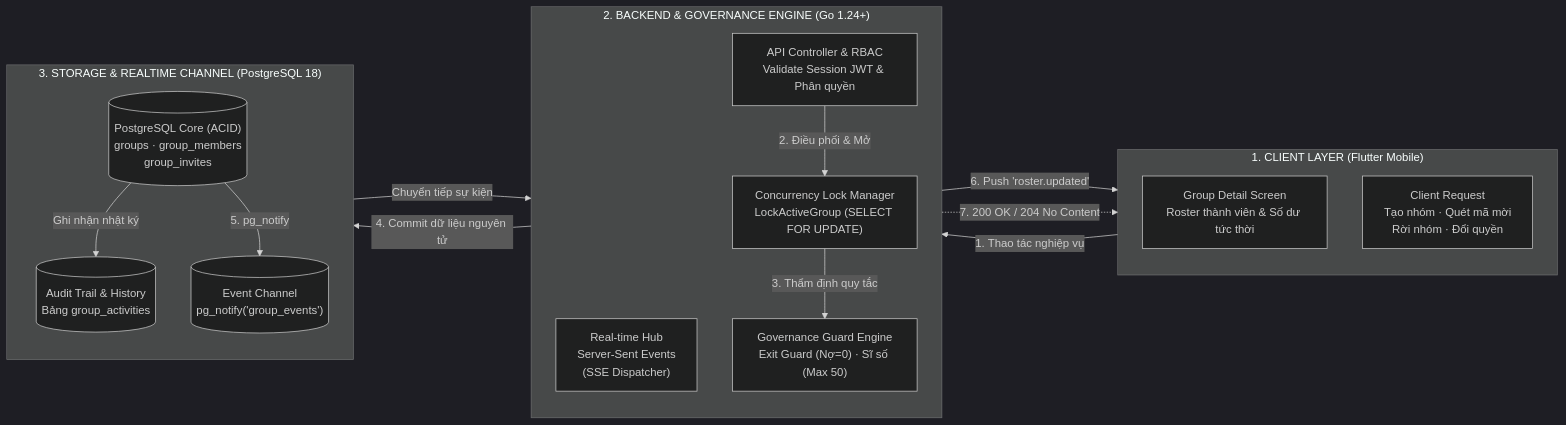
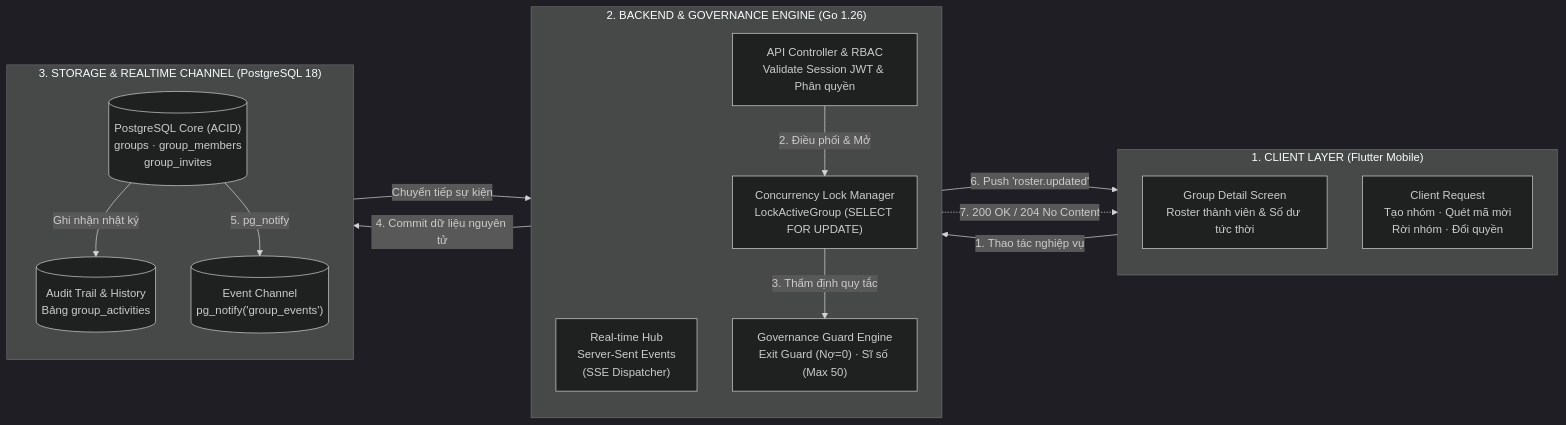
Before and after one commit to FintechVSF-Tranning/PaySplit-RP: the sixth of 6 diagrams in Report/BaoCao_ThuViec_PaySplit.md, drawn with Mermaid (dark theme). The commit also changed other lines of this file and 8 other files, not shown here.

````diff
--- a/Report/BaoCao_ThuViec_PaySplit.md
+++ b/Report/BaoCao_ThuViec_PaySplit.md
@@ -270,33 +271,33 @@
 ```mermaid
 flowchart LR
     subgraph Client ["1. CLIENT LAYER (Flutter Mobile)"]
         direction TB
         GroupScreen["Group Detail Screen<br/>Roster thành viên &amp; Số dư tức thời"]
         ClientReq["Client Request<br/>Tạo nhóm · Quét mã mời<br/>Rời nhóm · Đổi quyền"]
     end
 
-    subgraph BackendGov ["2. BACKEND & GOVERNANCE ENGINE (Go 1.24+)"]
+    subgraph BackendGov ["2. BACKEND & GOVERNANCE ENGINE (Go 1.26)"]
         direction TB
         RealtimeHub["Real-time Hub<br/>Server-Sent Events<br/>(SSE Dispatcher)"]
         APIController["API Controller &amp; RBAC<br/>Validate Session JWT &amp; Phân quyền"]
         LockManager["Concurrency Lock Manager<br/>LockActiveGroup (SELECT FOR UPDATE)"]
         GovEngine["Governance Guard Engine<br/>Exit Guard (Nợ=0) · Sĩ số (Max 50)"]
     end
 
     subgraph StorageChannel ["3. STORAGE & REALTIME CHANNEL (PostgreSQL 18)"]
         direction TB
         PostgresCore[("PostgreSQL Core (ACID)<br/>groups · group_members<br/>group_invites")]
         AuditDB[("Audit Trail &amp; History<br/>Bảng group_activities")]
         EventChannel[("Event Channel<br/>pg_notify('group_events')")]
     end
 
     ClientReq -->|"1. Thao tác nghiệp vụ"| APIController
     APIController -->|"2. Điều phối &amp; Mở"| LockManager
     LockManager -->|"3. Thẩm định quy tắc"| GovEngine
     GovEngine -->|"4. Commit dữ liệu nguyên tử"| PostgresCore
     PostgresCore -->|"Ghi nhận nhật ký"| AuditDB
     PostgresCore -->|"5. pg_notify"| EventChannel
     EventChannel -->|"Chuyển tiếp sự kiện"| RealtimeHub
     RealtimeHub -->|"6. Push 'roster.updated'"| GroupScreen
     APIController -.->|"7. 200 OK / 204 No Content"| ClientReq
 ```
````
